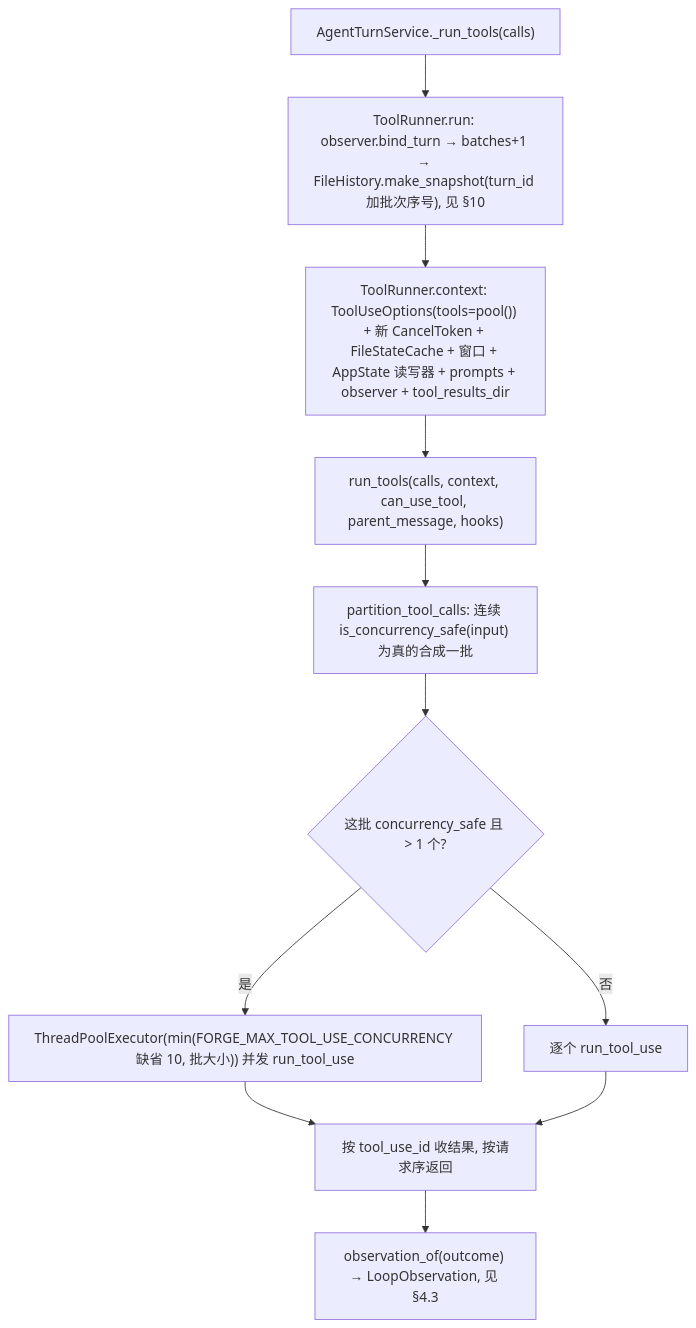
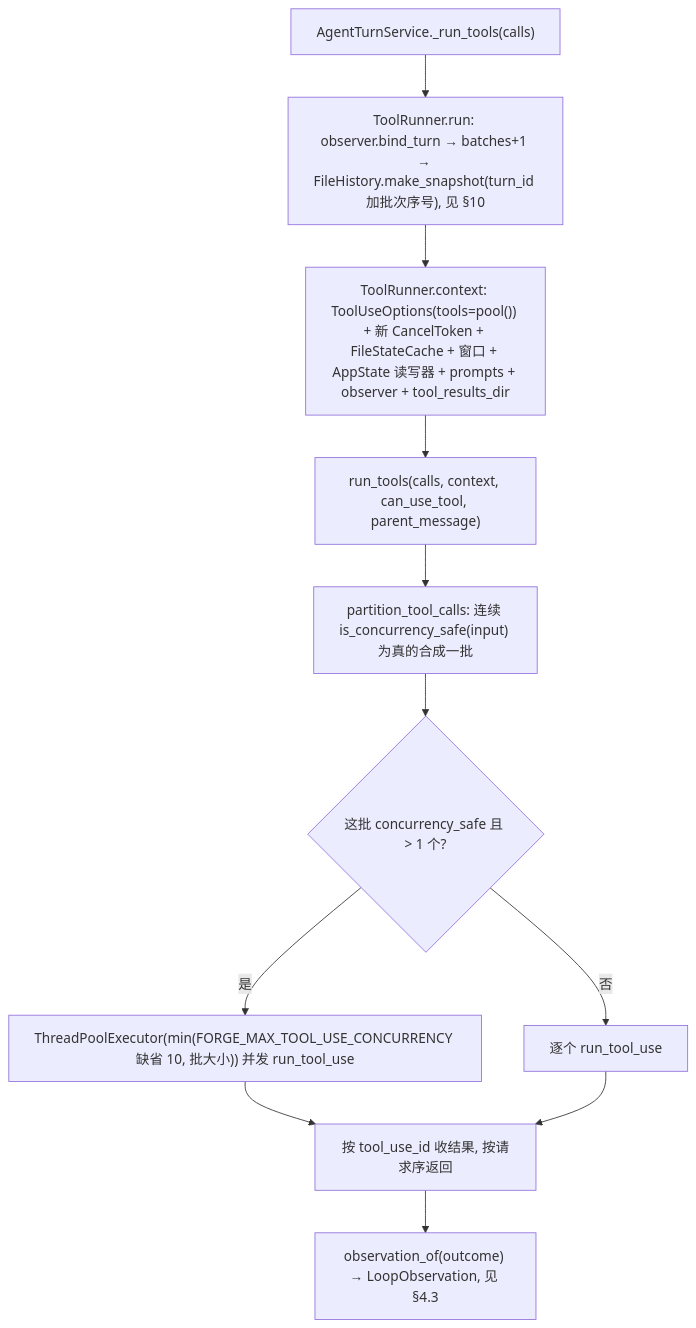
One commit to qubaolai/ForgeCLI changed diagram 19 of 53 in docs/06-代码阅读线路.md. Above: the diagram before and after it, drawn with Mermaid. The commit also changed other lines of this file and 54 other files, not shown here.

````diff
--- a/docs/06-代码阅读线路.md
+++ b/docs/06-代码阅读线路.md
@@ -854,13 +849,13 @@
 ```mermaid
 flowchart TD
     A["AgentTurnService._run_tools(calls)"] --> B["ToolRunner.run: observer.bind_turn → batches+1 → FileHistory.make_snapshot(turn_id 加批次序号), 见 §10"]
     B --> C["ToolRunner.context: ToolUseOptions(tools=pool()) + 新 CancelToken + FileStateCache + 窗口 + AppState 读写器 + prompts + observer + tool_results_dir"]
-    C --> D["run_tools(calls, context, can_use_tool, parent_message, hooks)"]
+    C --> D["run_tools(calls, context, can_use_tool, parent_message)"]
     D --> E["partition_tool_calls: 连续 is_concurrency_safe(input) 为真的合成一批"]
     E --> F{"这批 concurrency_safe 且 > 1 个?"}
     F -->|是| G["ThreadPoolExecutor(min(FORGE_MAX_TOOL_USE_CONCURRENCY 缺省 10, 批大小)) 并发 run_tool_use"]
     F -->|否| H["逐个 run_tool_use"]
     G --> I["按 tool_use_id 收结果, 按请求序返回"]
     H --> I
     I --> J["observation_of(outcome) → LoopObservation, 见 §4.3"]
 ```
````
